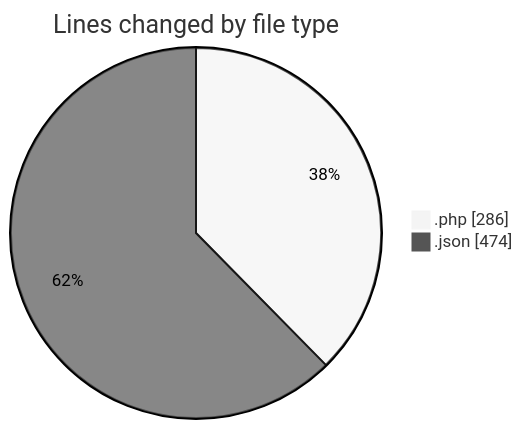
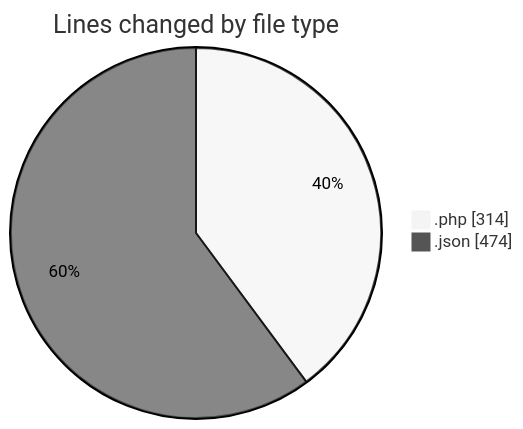
Before and after one commit to idhammustaqopulfikri/code-tracking: the first of 2 diagrams in 2025-05-16/booking/README.md, drawn with Mermaid (neutral theme). The commit also changed other lines of this file and 1 other file, not shown here.

````diff
--- a/2025-05-16/booking/README.md
+++ b/2025-05-16/booking/README.md
@@ -25,6 +26,6 @@
 ```mermaid
 pie showData
 title Lines changed by file type
-".php" : 286
+".php" : 314
 ".json" : 474
 ```
````
